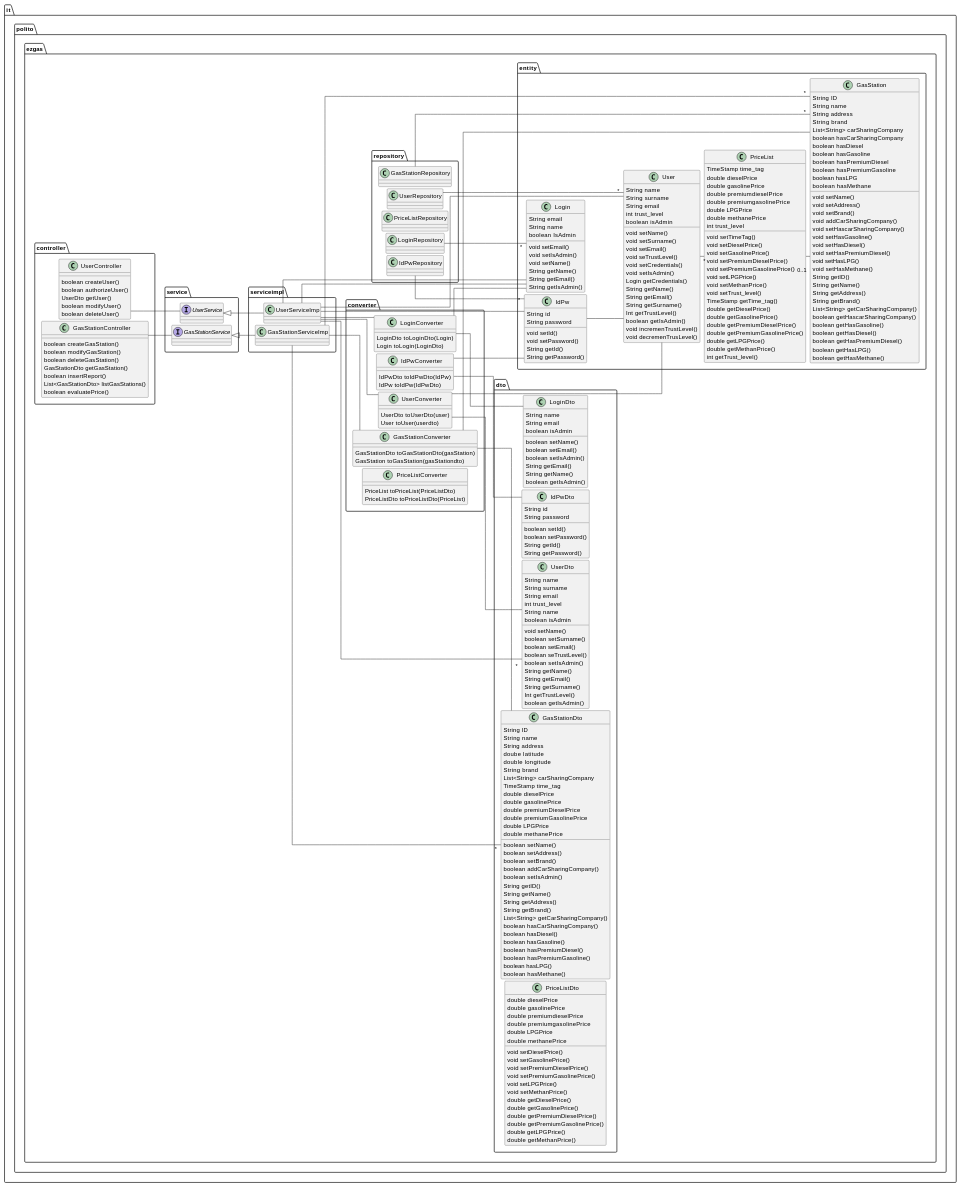
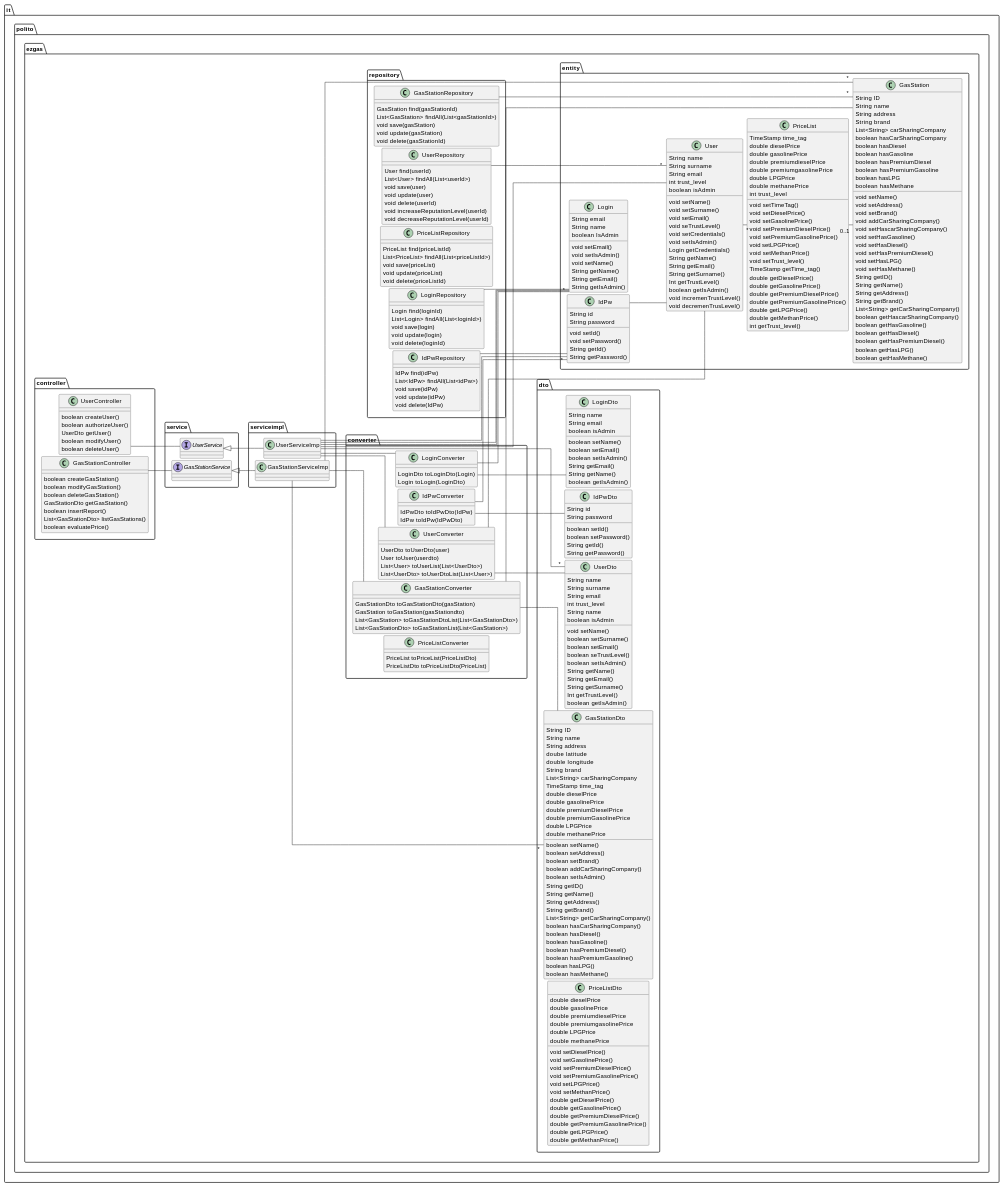
The fourth of 13 diagrams in docs/DesignDocument.md (CangaRouter/ExGas), drawn with PlantUML before and after one commit. The commit also changed other lines of this file and 1 other file, not shown here.

Commit message:
Fix: adding missing methods to repository classes

```diff
--- a/docs/DesignDocument.md
+++ b/docs/DesignDocument.md
@@ -370,21 +370,57 @@
 }
 
 Package it.polito.ezgas.repository{
-class UserRepository{}
-class GasStationRepository{}
-class PriceListRepository{}
-class LoginRepository{}
-class IdPwRepository{}
+class UserRepository{ 
+User find(userId)
+List<User> findAll(List<userId>)
+void save(user)
+void update(user)
+void delete(userId)
+void increaseReputationLevel(userId)
+void decreaseReputationLevel(userId)
+}
+class GasStationRepository{
+GasStation find(gasStationId)
+List<GasStation> findAll(List<gasStationId>)
+void save(gasStation)
+void update(gasStation)
+void delete(gasStationId)
+}
+class PriceListRepository{
+PriceList find(priceListId)
+List<PriceList> findAll(List<priceListId>)
+void save(priceList)
+void update(priceList)
+void delete(priceListId)
+}
+class LoginRepository{
+Login find(loginId)
+List<Login> findAll(List<loginId>)
+void save(login)
+void update(login)
+void delete(loginId)
+}
+class IdPwRepository{
+IdPw find(idPw)
+List<IdPw> findAll(List<idPw>)
+void save(idPw)
+void update(idPw)
+void delete(IdPw)
+}
 }
 
 Package it.polito.ezgas.converter{
 class UserConverter{
     UserDto toUserDto(user)
     User toUser(userdto)
+    List<User> toUserList(List<UserDto>)
+    List<UserDto> toUserDtoList(List<User>)
 }
 class GasStationConverter{
    GasStationDto toGasStationDto(gasStation)
    GasStation toGasStation(gasStationdto)
+   List<GasStation> toGasStationDtoList(List<GasStationDto>)
+   List<GasStationDto> toGasStationList(List<GasStation>)
 }
 class LoginConverter {
     LoginDto toLoginDto(Login)
```
